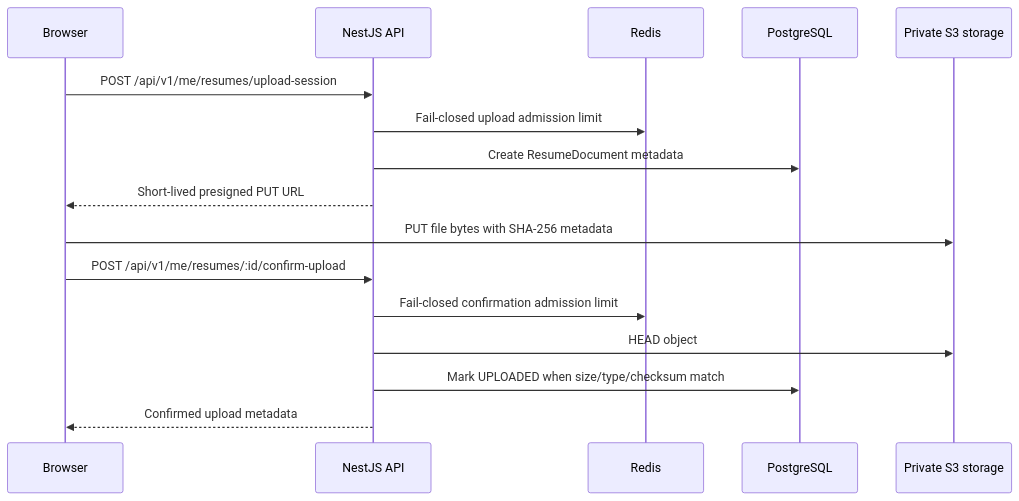
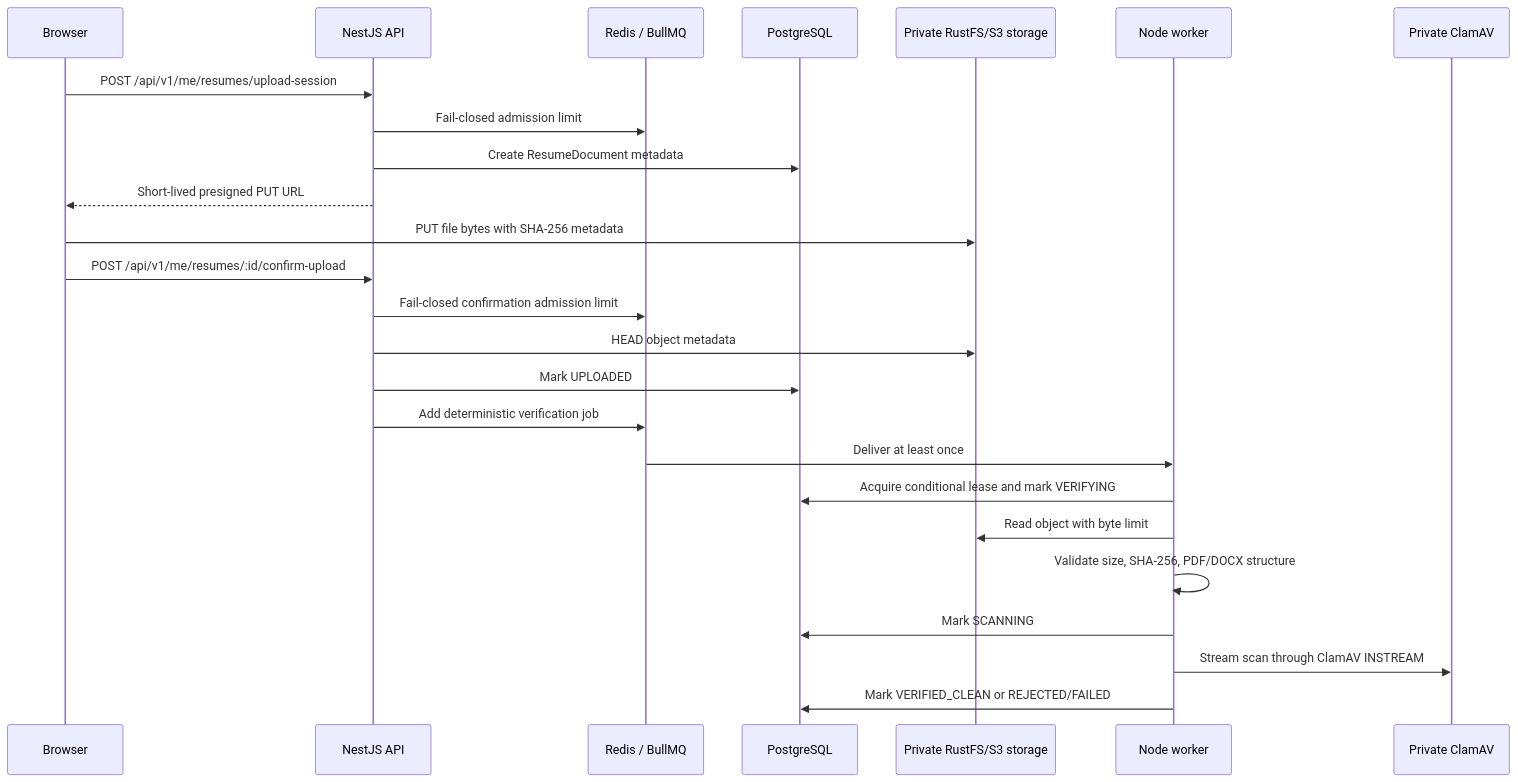
One commit to YounasKhan2/rolebrief changed the second of 3 diagrams in README.md. Above: the diagram before and after it, drawn with Mermaid. The commit also changed other lines of this file, not shown here.

````diff
--- a/README.md
+++ b/README.md
@@ -32,19 +53,28 @@
 ```mermaid
 sequenceDiagram
   participant B as Browser
   participant A as NestJS API
-  participant R as Redis
+  participant R as Redis / BullMQ
   participant D as PostgreSQL
-  participant S as Private S3 storage
+  participant S as Private RustFS/S3 storage
+  participant W as Node worker
+  participant C as Private ClamAV
 
   B->>A: POST /api/v1/me/resumes/upload-session
-  A->>R: Fail-closed upload admission limit
+  A->>R: Fail-closed admission limit
   A->>D: Create ResumeDocument metadata
   A-->>B: Short-lived presigned PUT URL
   B->>S: PUT file bytes with SHA-256 metadata
   B->>A: POST /api/v1/me/resumes/:id/confirm-upload
   A->>R: Fail-closed confirmation admission limit
-  A->>S: HEAD object
-  A->>D: Mark UPLOADED when size/type/checksum match
-  A-->>B: Confirmed upload metadata
+  A->>S: HEAD object metadata
+  A->>D: Mark UPLOADED
+  A->>R: Add deterministic verification job
+  R->>W: Deliver at least once
+  W->>D: Acquire conditional lease and mark VERIFYING
+  W->>S: Read object with byte limit
+  W->>W: Validate size, SHA-256, PDF/DOCX structure
+  W->>D: Mark SCANNING
+  W->>C: Stream scan through ClamAV INSTREAM
+  W->>D: Mark VERIFIED_CLEAN or REJECTED/FAILED
 ```
````
